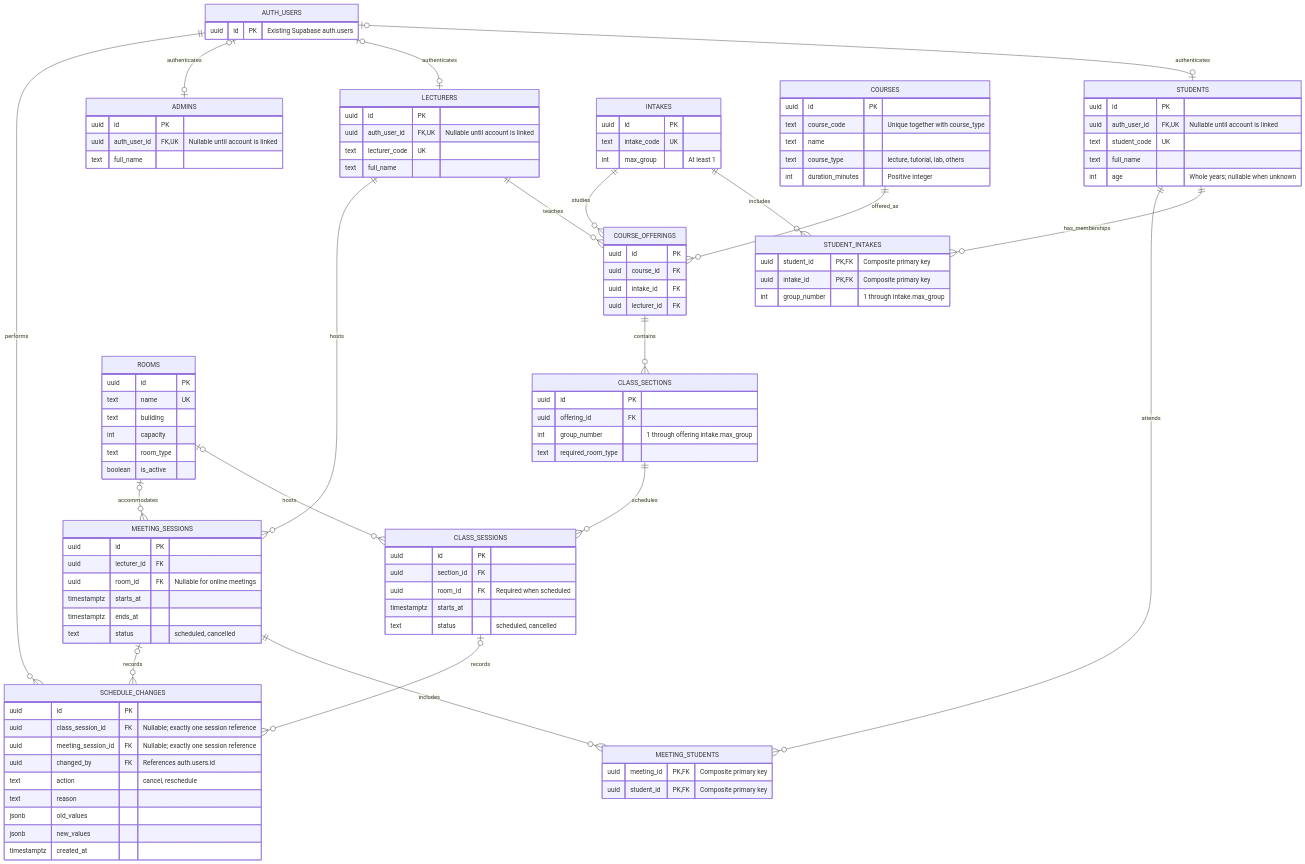
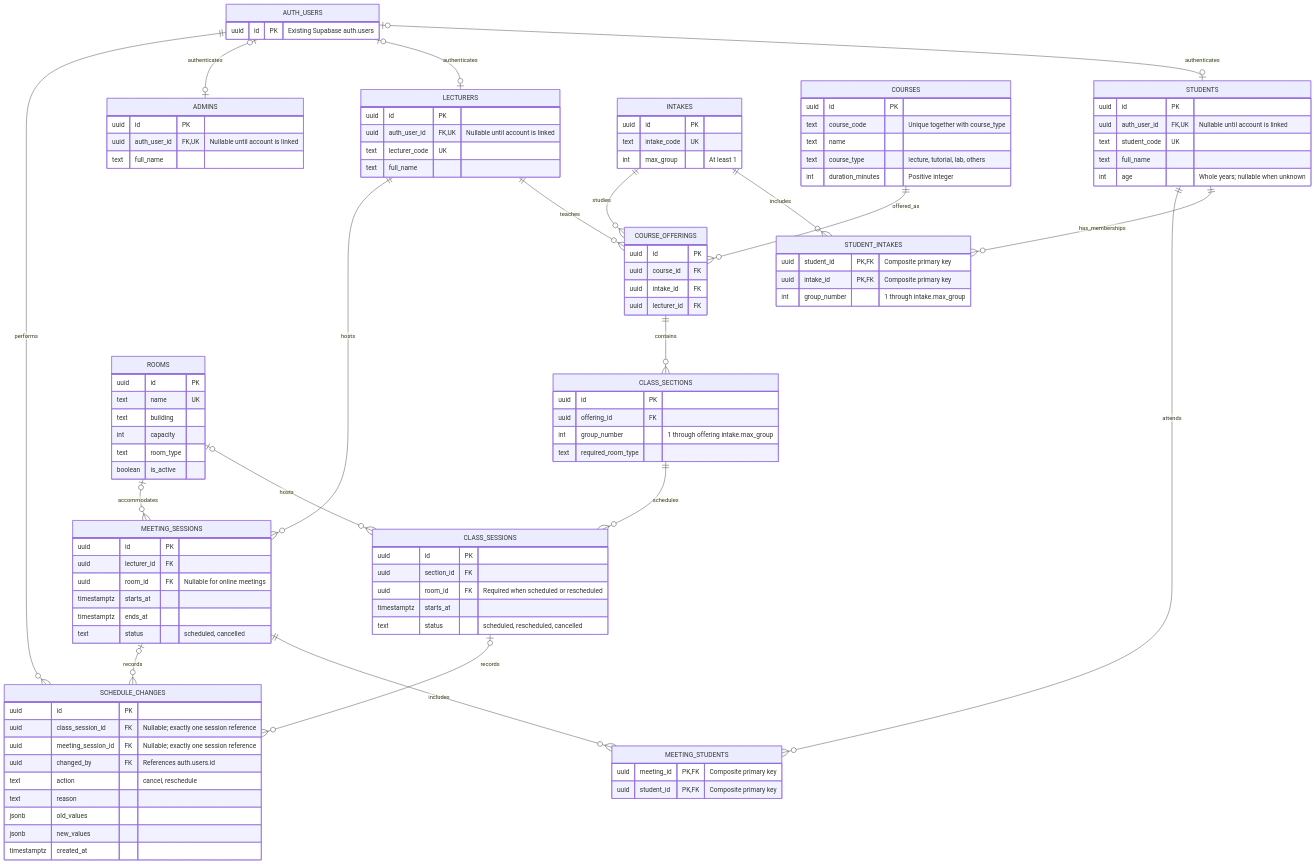
One commit to HaydenCocoa/Hackathon-67-hairloss-SClass changed the diagram in ERD.md. Above: the diagram before and after it, drawn with Mermaid. The commit also changed 14 other files, not shown here.

First line of the commit message:
Add 'rescheduled' class session status

```diff
--- a/ERD.md
+++ b/ERD.md
@@ -74,9 +74,9 @@
     CLASS_SESSIONS {
         uuid id PK
         uuid section_id FK
-        uuid room_id FK "Required when scheduled"
+        uuid room_id FK "Required when scheduled or rescheduled"
         timestamptz starts_at
-        text status "scheduled, cancelled"
+        text status "scheduled, rescheduled, cancelled"
     }
     MEETING_SESSIONS {
         uuid id PK
```
